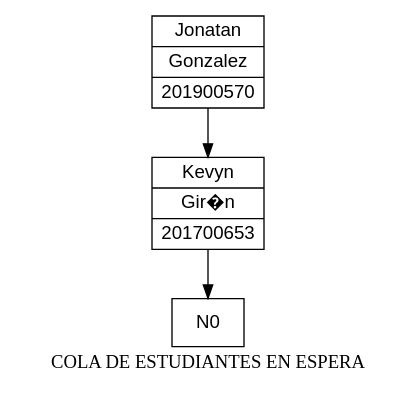
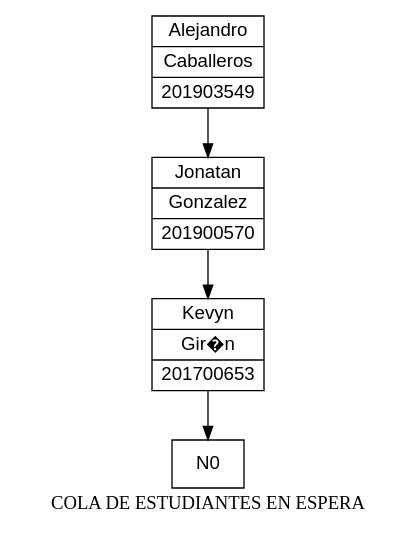
One commit to Nahomi-Aparicio/EDD_1S2023_PY_202113293_F1 changed the diagram in EDD_Proyecto1_Fase1/cola.dot. Above: the diagram before and after it, drawn with Graphviz. The commit also changed 7 other files, not shown here.

```diff
--- a/EDD_Proyecto1_Fase1/cola.dot
+++ b/EDD_Proyecto1_Fase1/cola.dot
@@ -1,10 +1,12 @@
 digraph G {
 rankdir=TB;
 node [shape=box];
 node [shape=record fontname=Arial]
 label = "COLA DE ESTUDIANTES EN ESPERA";
+N3[label="{Alejandro|Caballeros|201903549}"];
+N3->N2;
 N2[label="{Jonatan|Gonzalez|201900570}"];
 N2->N1;
 N1[label="{Kevyn|Gir�n|201700653}"];
 N1->N0;
 }
```
